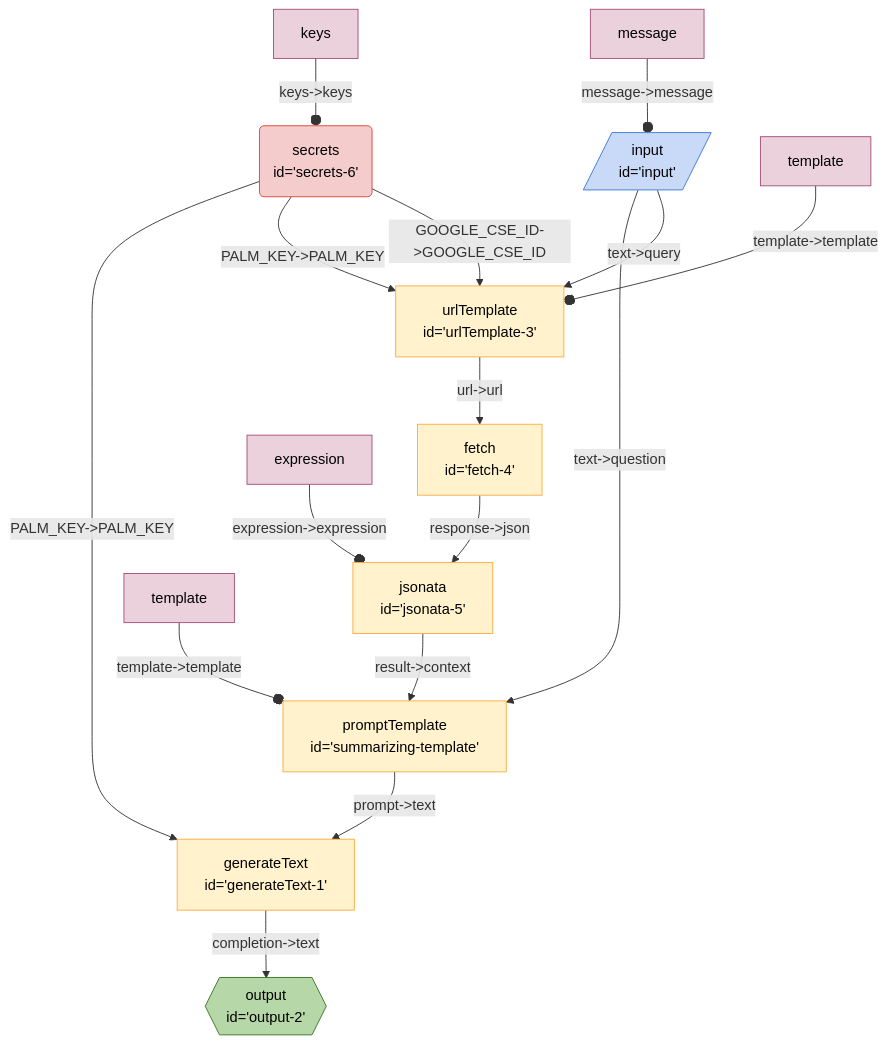
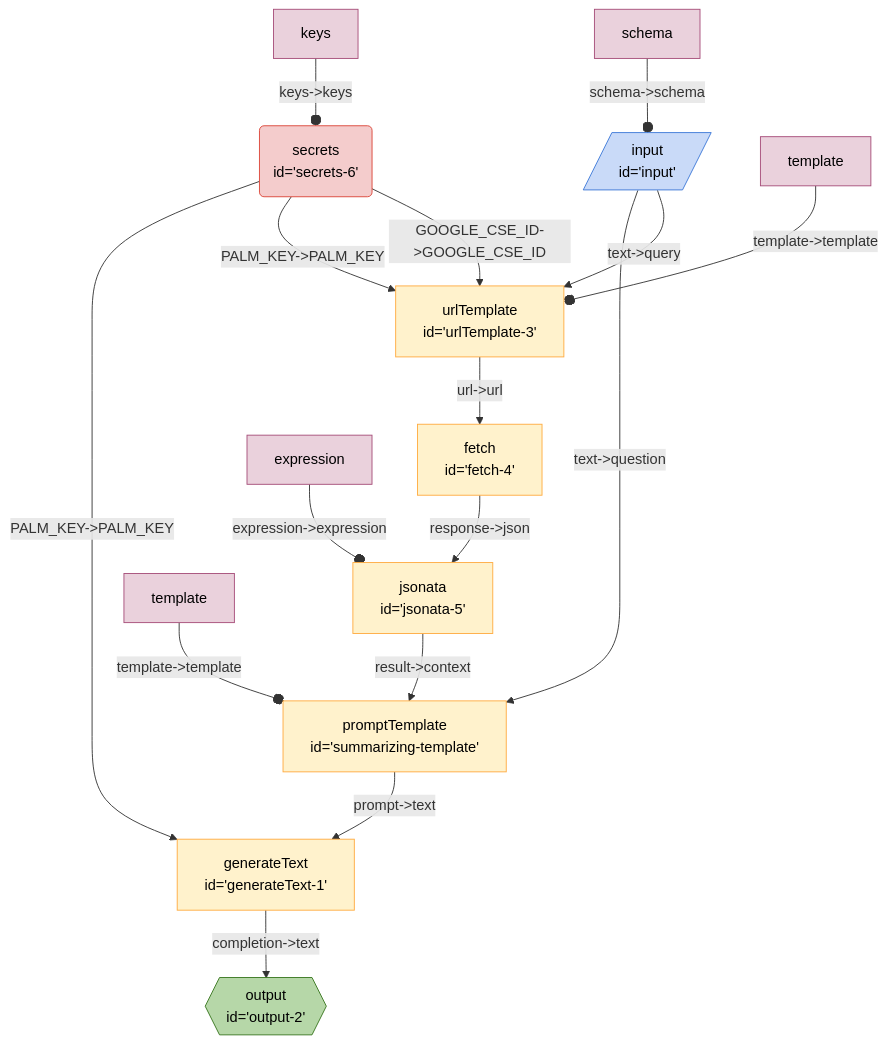
The diagram in seeds/graph-playground/docs/graphs/search-summarize.md (breadboard-ai/breadboard), drawn with Mermaid before and after one commit. The commit also changed 25 other files, not shown here.

Commit message:
[graph-playground] Update graphs to remove "message".

````diff
--- a/seeds/graph-playground/docs/graphs/search-summarize.md
+++ b/seeds/graph-playground/docs/graphs/search-summarize.md
@@ -5,27 +5,27 @@
   ```mermaid
   %%{init: 'themeVariables': { 'fontFamily': 'Fira Code, monospace' }}%%
 graph TD;
 generateText1["generateText <br> id='generateText-1'"] -- "completion->text" --> output2{{"output <br> id='output-2'"}}:::output
 summarizingtemplate["promptTemplate <br> id='summarizing-template'"] -- "prompt->text" --> generateText1["generateText <br> id='generateText-1'"]
 jsonata5["jsonata <br> id='jsonata-5'"] -- "result->context" --> summarizingtemplate["promptTemplate <br> id='summarizing-template'"]
 fetch4["fetch <br> id='fetch-4'"] -- "response->json" --> jsonata5["jsonata <br> id='jsonata-5'"]
 urlTemplate3["urlTemplate <br> id='urlTemplate-3'"] -- "url->url" --> fetch4["fetch <br> id='fetch-4'"]
 secrets6("secrets <br> id='secrets-6'"):::secrets -- "PALM_KEY->PALM_KEY" --> generateText1["generateText <br> id='generateText-1'"]
 secrets6("secrets <br> id='secrets-6'"):::secrets -- "PALM_KEY->PALM_KEY" --> urlTemplate3["urlTemplate <br> id='urlTemplate-3'"]
 secrets6("secrets <br> id='secrets-6'"):::secrets -- "GOOGLE_CSE_ID->GOOGLE_CSE_ID" --> urlTemplate3["urlTemplate <br> id='urlTemplate-3'"]
 input[/"input <br> id='input'"/]:::input -- "text->question" --> summarizingtemplate["promptTemplate <br> id='summarizing-template'"]
 input[/"input <br> id='input'"/]:::input -- "text->query" --> urlTemplate3["urlTemplate <br> id='urlTemplate-3'"]
 templatesummarizingtemplate[template]:::config -- "template->template" --o summarizingtemplate
 templateurlTemplate3[template]:::config -- "template->template" --o urlTemplate3
 expressionjsonata5[expression]:::config -- "expression->expression" --o jsonata5
 keyssecrets6[keys]:::config -- "keys->keys" --o secrets6
-messageinput[message]:::config -- "message->message" --o input
+schemainput[schema]:::config -- "schema->schema" --o input
 classDef default stroke:#ffab40,fill:#fff2ccff,color:#000
 classDef input stroke:#3c78d8,fill:#c9daf8ff,color:#000
 classDef output stroke:#38761d,fill:#b6d7a8ff,color:#000
 classDef passthrough stroke:#a64d79,fill:#ead1dcff,color:#000
 classDef slot stroke:#a64d79,fill:#ead1dcff,color:#000
 classDef config stroke:#a64d79,fill:#ead1dcff,color:#000
 classDef secrets stroke:#db4437,fill:#f4cccc,color:#000
 classDef slotted stroke:#a64d79
   ```
````
